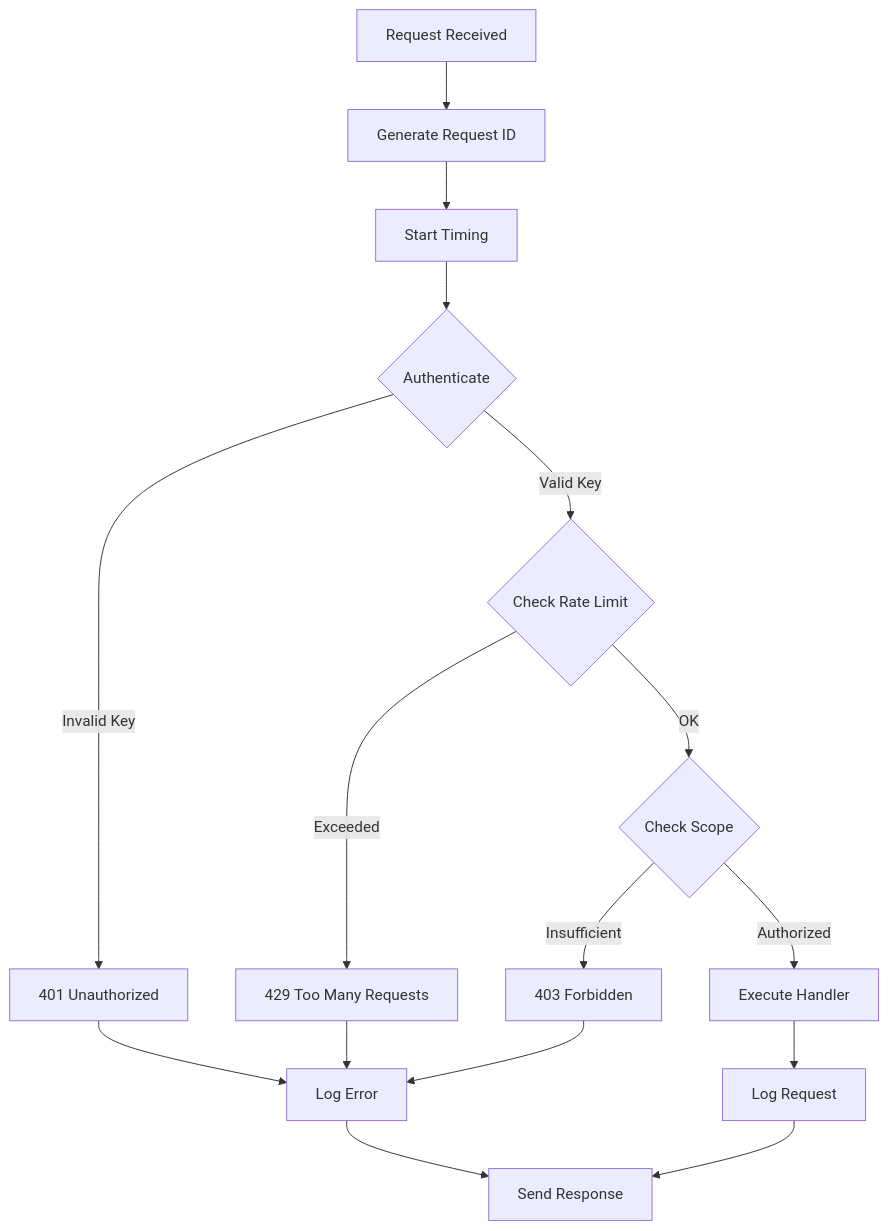
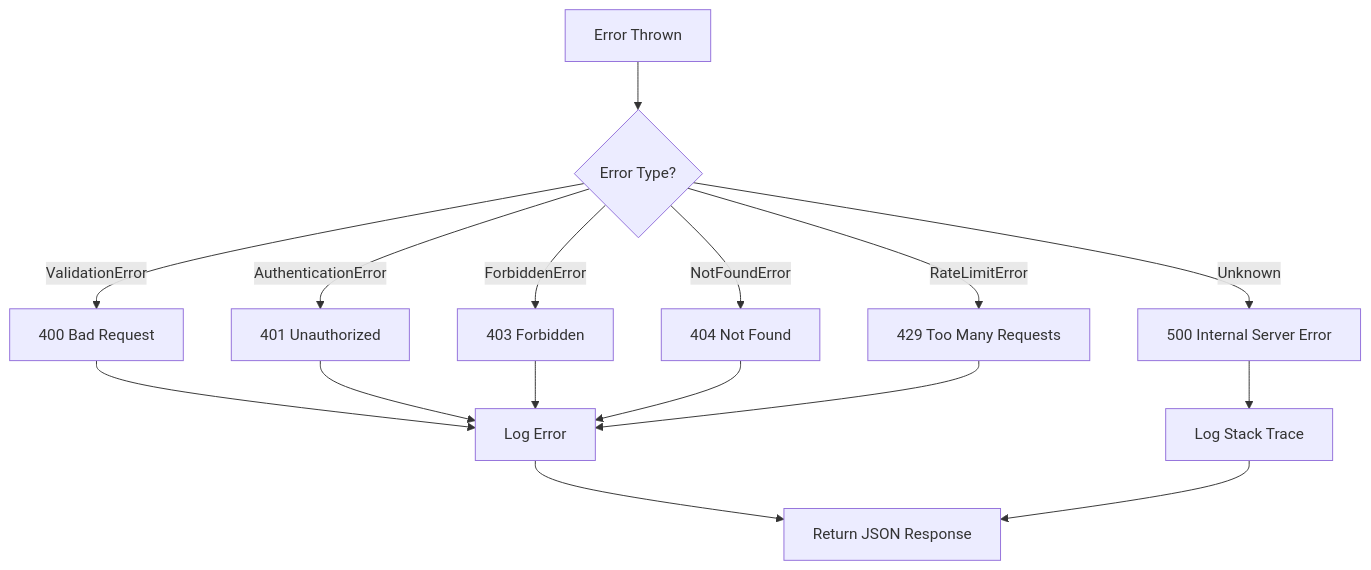
One commit to Hundia/autospec changed the sixth of 23 diagrams in examples/api-service/docs/architecture/diagrams.md. Above: the diagram before and after it, drawn with Mermaid. The commit also changed other lines of this file and 64 other files, not shown here.

````diff
--- a/examples/api-service/docs/architecture/diagrams.md
+++ b/examples/api-service/docs/architecture/diagrams.md
@@ -134,23 +243,16 @@
 ```mermaid
 flowchart TD
-    A[Request Received] --> B[Generate Request ID]
-    B --> C[Start Timing]
-    C --> D{Authenticate}
+    E[Error Thrown] --> T{Error Type?}
 
-    D -->|Invalid Key| E[401 Unauthorized]
-    D -->|Valid Key| F{Check Rate Limit}
+    T -->|ValidationError| V[400 Bad Request]
+    T -->|AuthenticationError| A[401 Unauthorized]
+    T -->|ForbiddenError| F[403 Forbidden]
+    T -->|NotFoundError| N[404 Not Found]
+    T -->|RateLimitError| R[429 Too Many Requests]
+    T -->|Unknown| U[500 Internal Server Error]
 
-    F -->|Exceeded| G[429 Too Many Requests]
-    F -->|OK| H{Check Scope}
+    V & A & F & N & R --> L[Log Error]
+    U --> LS[Log Stack Trace]
 
-    H -->|Insufficient| I[403 Forbidden]
-    H -->|Authorized| J[Execute Handler]
-
-    J --> K[Log Request]
-    K --> L[Send Response]
-
-    E --> M[Log Error]
-    G --> M
-    I --> M
-    M --> L
+    L & LS --> RES[Return JSON Response]
 ```
````
